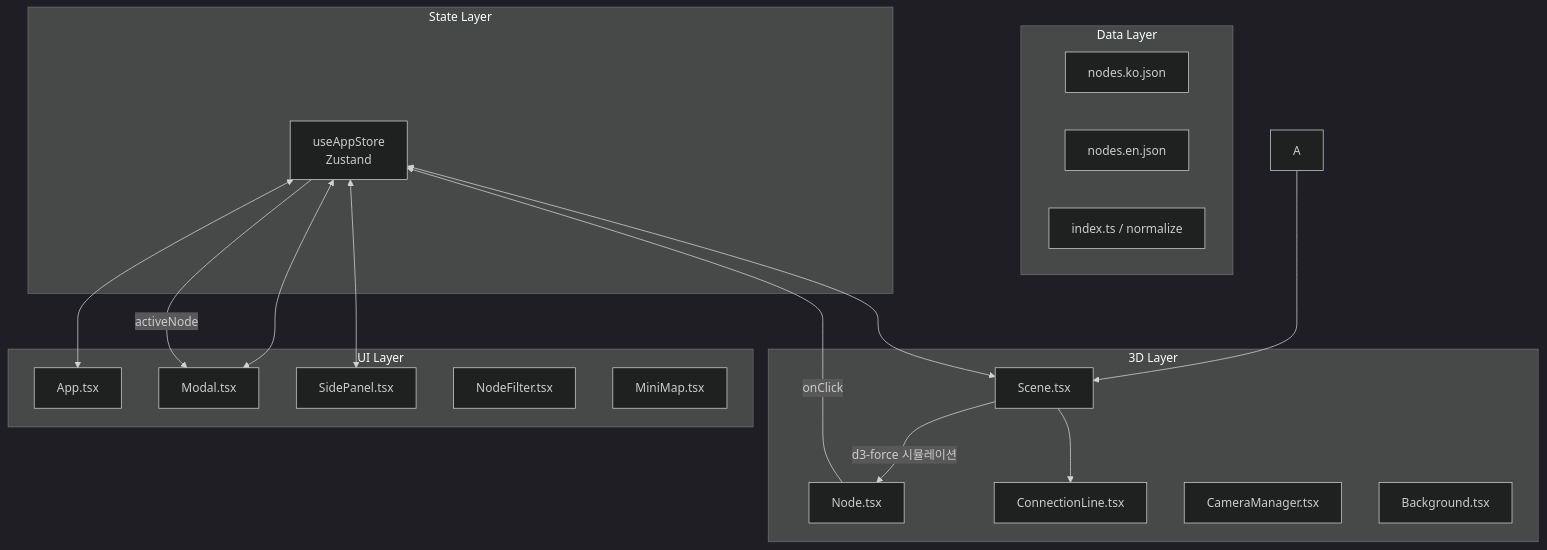
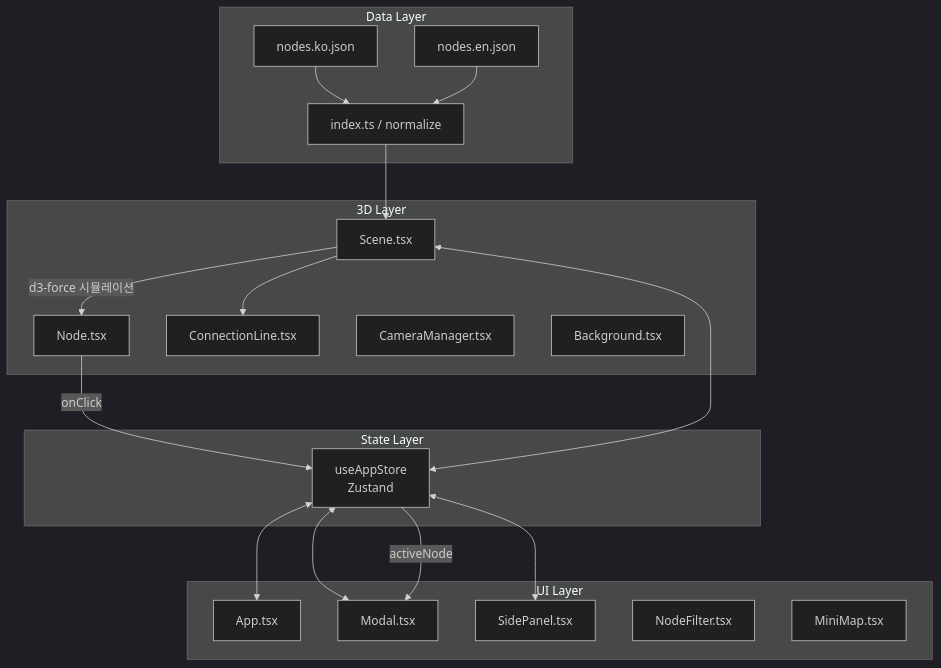
Before and after one commit to sleepyMS/MS-Mind: the first of 3 diagrams in docs/ARCHITECTURE.md, drawn with Mermaid (dark theme). The commit also changed other lines of this file and 74 other files, not shown here.

````diff
--- a/docs/ARCHITECTURE.md
+++ b/docs/ARCHITECTURE.md
@@ -23,38 +23,40 @@
 ```mermaid
 graph TB
     subgraph Data Layer
         A1[nodes.ko.json]
         A2[nodes.en.json]
         A3[index.ts / normalize]
     end
 
     subgraph State Layer
         B[useAppStore<br/>Zustand]
     end
 
     subgraph 3D Layer
         C[Scene.tsx]
         D[Node.tsx]
         E[ConnectionLine.tsx]
         F[CameraManager.tsx]
         G[Background.tsx]
     end
 
     subgraph UI Layer
         H[App.tsx]
         I[Modal.tsx]
         J[SidePanel.tsx]
         K[NodeFilter.tsx]
         L[MiniMap.tsx]
     end
 
-    A --> C
+    A1 --> A3
+    A2 --> A3
+    A3 --> C
     C --> |d3-force 시뮬레이션| D
     C --> E
     B <--> H
     B <--> C
     B <--> I
     B <--> J
     D --> |onClick| B
     B --> |activeNode| I
 ```
````
